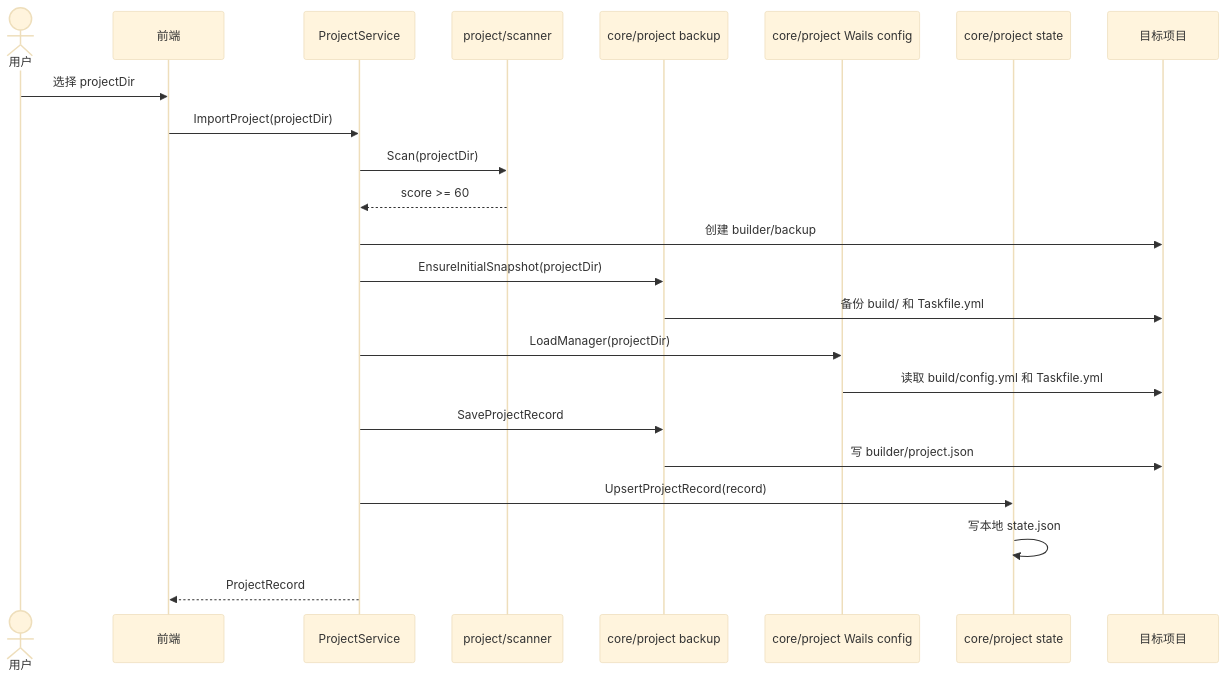
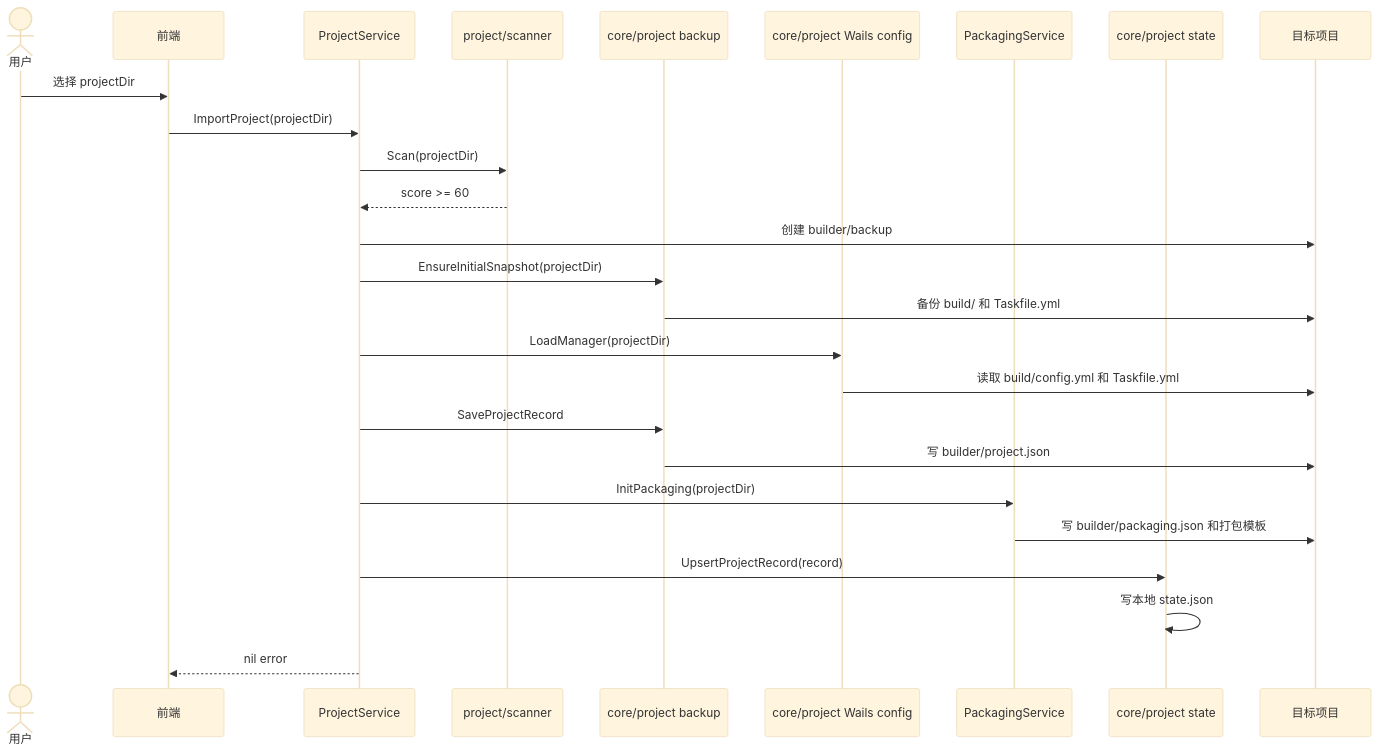
One commit to Peiratooo/Wails3-Manager changed the second of 6 diagrams in docs/ILLUSTRATED_GUIDE.md. Above: the diagram before and after it, drawn with Mermaid (base theme). The commit also changed other lines of this file and 79 other files, not shown here.

First line of the commit message:
Add creator service; improve packaging & env checks

````diff
--- a/docs/ILLUSTRATED_GUIDE.md
+++ b/docs/ILLUSTRATED_GUIDE.md
@@ -65,26 +65,29 @@
 ```mermaid
 sequenceDiagram
   actor User as 用户
   participant FE as 前端
   participant PS as ProjectService
   participant Scanner as project/scanner
   participant Backup as core/project backup
   participant WailsCfg as core/project Wails config
+  participant PKG as PackagingService
   participant State as core/project state
   participant Disk as 目标项目
 
   User->>FE: 选择 projectDir
   FE->>PS: ImportProject(projectDir)
   PS->>Scanner: Scan(projectDir)
   Scanner-->>PS: score >= 60
   PS->>Disk: 创建 builder/backup
   PS->>Backup: EnsureInitialSnapshot(projectDir)
   Backup->>Disk: 备份 build/ 和 Taskfile.yml
   PS->>WailsCfg: LoadManager(projectDir)
   WailsCfg->>Disk: 读取 build/config.yml 和 Taskfile.yml
   PS->>Backup: SaveProjectRecord
   Backup->>Disk: 写 builder/project.json
+  PS->>PKG: InitPackaging(projectDir)
+  PKG->>Disk: 写 builder/packaging.json 和打包模板
   PS->>State: UpsertProjectRecord(record)
   State->>State: 写本地 state.json
-  PS-->>FE: ProjectRecord
+  PS-->>FE: nil error
 ```
````
